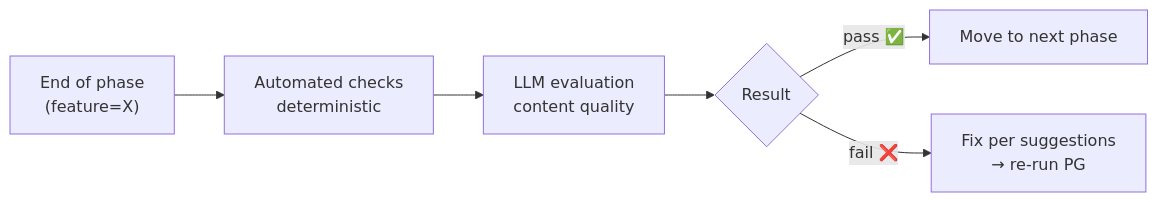
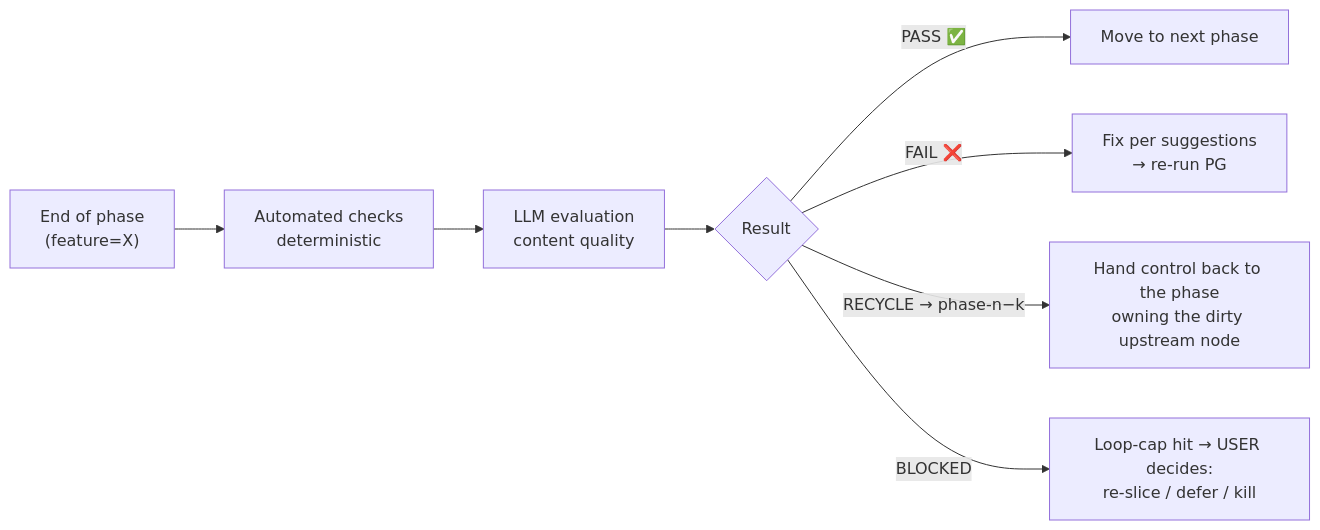
Before and after one commit to hanh9898/waterfall-bmad-method: the second of 7 diagrams in docs/en/explanation/concepts.md, drawn with Mermaid. The commit also changed other lines of this file and 3 other files, not shown here.

````diff
--- a/docs/en/explanation/concepts.md
+++ b/docs/en/explanation/concepts.md
@@ -94,8 +94,10 @@
 ```mermaid
 flowchart LR
     A["End of phase<br/>(feature=X)"] --> B[Automated checks<br/>deterministic]
     B --> C[LLM evaluation<br/>content quality]
     C --> D{Result}
-    D -->|pass ✅| E[Move to next phase]
-    D -->|fail ❌| F[Fix per suggestions<br/>→ re-run PG]
+    D -->|PASS ✅| E[Move to next phase]
+    D -->|FAIL ❌| F[Fix per suggestions<br/>→ re-run PG]
+    D -->|RECYCLE → phase-n−k| R[Hand control back to the phase<br/>owning the dirty upstream node]
+    D -->|BLOCKED| K[Loop-cap hit → USER decides:<br/>re-slice / defer / kill]
 ```
````
